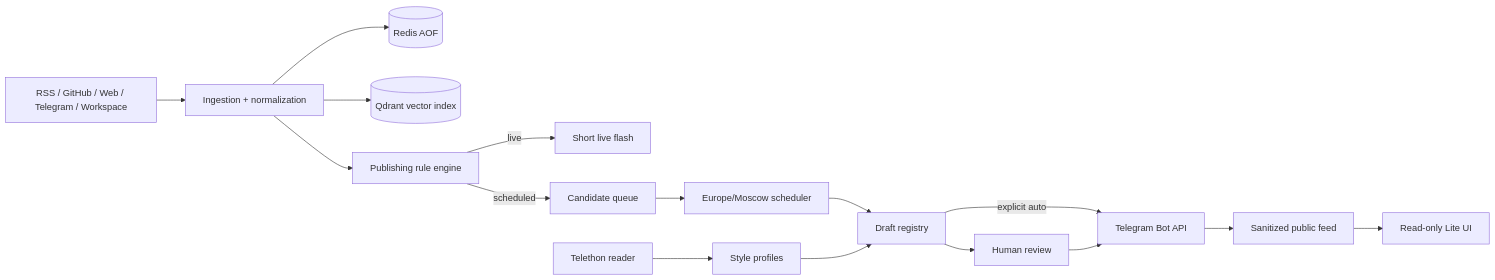
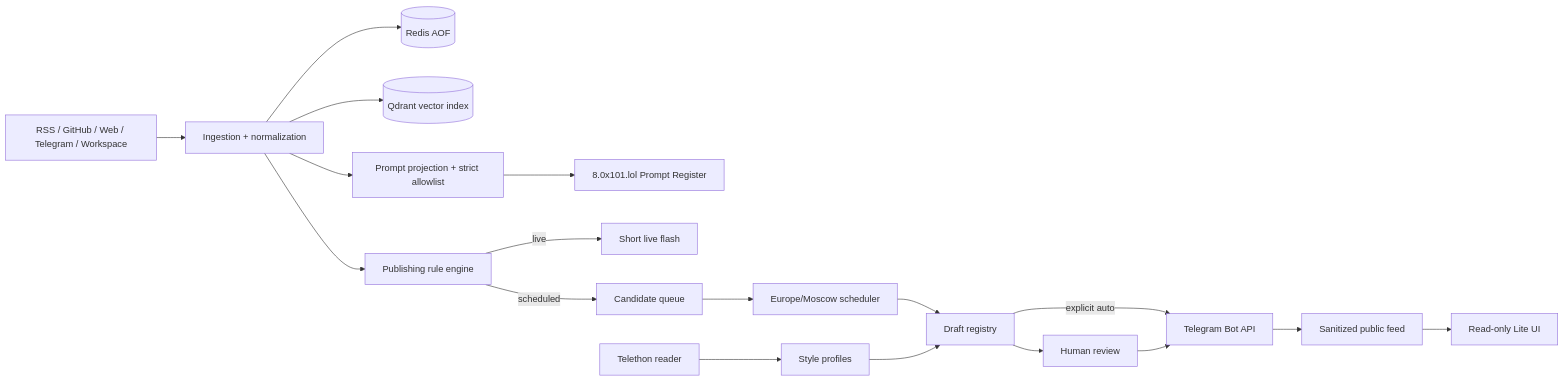
One commit to 3030202/prompt-ops-control-tower changed the diagram in docs/ARCHITECTURE.md. Above: the diagram before and after it, drawn with Mermaid. The commit also changed other lines of this file and 6 other files, not shown here.

Commit message:
feat: add isolated prompt register surface

````diff
--- a/docs/ARCHITECTURE.md
+++ b/docs/ARCHITECTURE.md
@@ -3,18 +3,20 @@
 ```mermaid
 flowchart LR
   Sources[RSS / GitHub / Web / Telegram / Workspace] --> Ingest[Ingestion + normalization]
   Ingest --> Redis[(Redis AOF)]
   Ingest --> Qdrant[(Qdrant vector index)]
+  Ingest --> Prompts[Prompt projection + strict allowlist]
+  Prompts --> Register[8.0x101.lol Prompt Register]
   Ingest --> Rules[Publishing rule engine]
   Rules -->|live| Flash[Short live flash]
   Rules -->|scheduled| Queue[Candidate queue]
   Queue --> Scheduler[Europe/Moscow scheduler]
   Scheduler --> Drafts[Draft registry]
   Drafts --> Review[Human review]
   Drafts -->|explicit auto| Bot[Telegram Bot API]
   Review --> Bot
   Telethon[Telethon reader] --> Styles[Style profiles]
   Styles --> Drafts
   Bot --> Public[Sanitized public feed]
   Public --> Lite[Read-only Lite UI]
 ```
````
